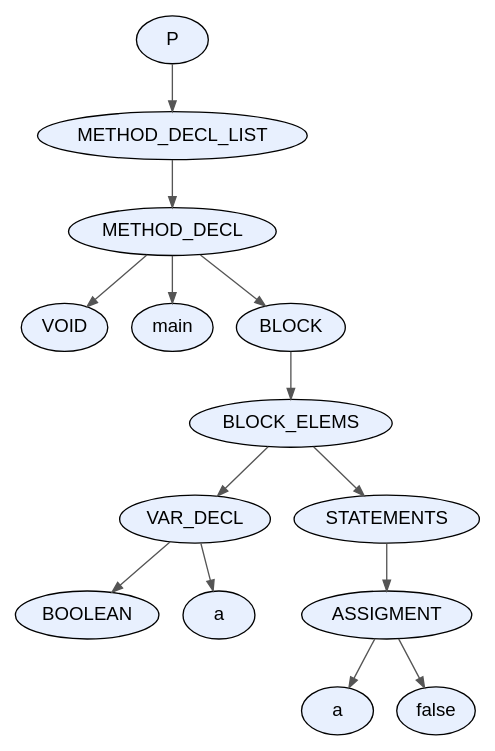
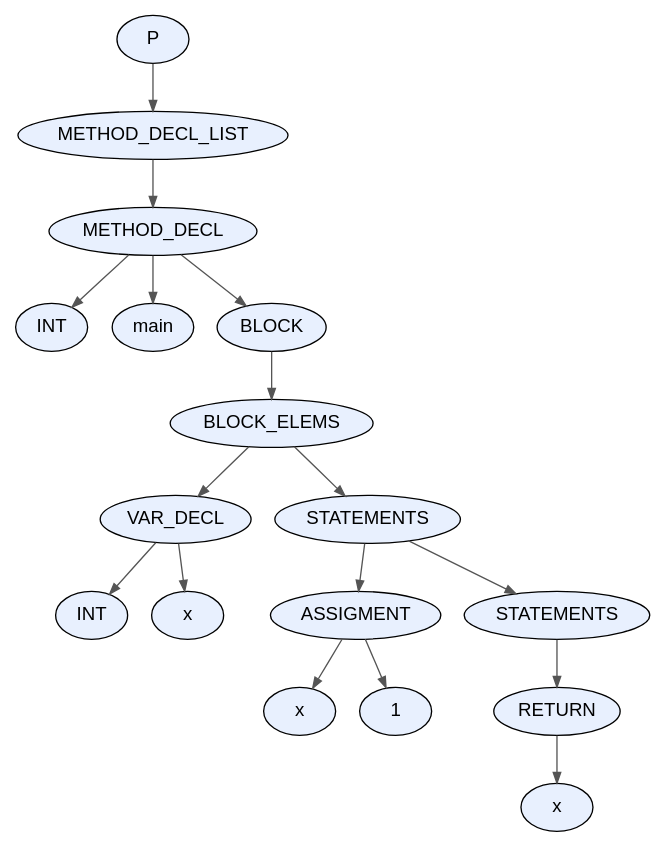
Before and after one commit to facundo-dario-loser/TDS2026: the diagram in proyecto/dot_files/test10.dot, drawn with Graphviz. The commit also changed 31 other files, not shown here.

```diff
--- a/proyecto/dot_files/test10.dot
+++ b/proyecto/dot_files/test10.dot
@@ -1,31 +1,37 @@
 digraph AST {
   node [fontname="Arial"];
   edge [arrowsize=0.8, color="#555555"];
-  "node_0x5aeb1fd66b40" [label="P", style=filled, fillcolor="#E8F0FE", shape=ellipse, style="rounded,filled"];
-  "node_0x5aeb1fd66b40" -> "node_0x5aeb1fd66af0";
-  "node_0x5aeb1fd66af0" [label="METHOD_DECL_LIST", style=filled, fillcolor="#E8F0FE", shape=ellipse, style="rounded,filled"];
-  "node_0x5aeb1fd66af0" -> "node_0x5aeb1fd66aa0";
-  "node_0x5aeb1fd66aa0" [label="METHOD_DECL", style=filled, fillcolor="#E8F0FE", shape=ellipse, style="rounded,filled"];
-  "node_0x5aeb1fd66aa0" -> "node_0x5aeb1fd669e0";
-  "node_0x5aeb1fd669e0" [label="VOID", style=filled, fillcolor="#E8F0FE", shape=ellipse, style="rounded,filled"];
-  "node_0x5aeb1fd66aa0" -> "node_0x5aeb1fd66a30";
-  "node_0x5aeb1fd66a30" [label="main", style=filled, fillcolor="#E8F0FE", shape=ellipse, style="rounded,filled"];
-  "node_0x5aeb1fd66aa0" -> "node_0x5aeb1fd66990";
-  "node_0x5aeb1fd66990" [label="BLOCK", style=filled, fillcolor="#E8F0FE", shape=ellipse, style="rounded,filled"];
-  "node_0x5aeb1fd66990" -> "node_0x5aeb1fd66940";
-  "node_0x5aeb1fd66940" [label="BLOCK_ELEMS", style=filled, fillcolor="#E8F0FE", shape=ellipse, style="rounded,filled"];
-  "node_0x5aeb1fd66940" -> "node_0x5aeb1fd66630";
-  "node_0x5aeb1fd66630" [label="VAR_DECL", style=filled, fillcolor="#E8F0FE", shape=ellipse, style="rounded,filled"];
-  "node_0x5aeb1fd66630" -> "node_0x5aeb1fd66550";
-  "node_0x5aeb1fd66550" [label="BOOLEAN", style=filled, fillcolor="#E8F0FE", shape=ellipse, style="rounded,filled"];
-  "node_0x5aeb1fd66630" -> "node_0x5aeb1fd665c0";
-  "node_0x5aeb1fd665c0" [label="a", style=filled, fillcolor="#E8F0FE", shape=ellipse, style="rounded,filled"];
-  "node_0x5aeb1fd66940" -> "node_0x5aeb1fd668f0";
-  "node_0x5aeb1fd668f0" [label="STATEMENTS", style=filled, fillcolor="#E8F0FE", shape=ellipse, style="rounded,filled"];
-  "node_0x5aeb1fd668f0" -> "node_0x5aeb1fd668a0";
-  "node_0x5aeb1fd668a0" [label="ASSIGMENT", style=filled, fillcolor="#E8F0FE", shape=ellipse, style="rounded,filled"];
-  "node_0x5aeb1fd668a0" -> "node_0x5aeb1fd66830";
-  "node_0x5aeb1fd66830" [label="a", style=filled, fillcolor="#E8F0FE", shape=ellipse, style="rounded,filled"];
-  "node_0x5aeb1fd668a0" -> "node_0x5aeb1fd67340";
-  "node_0x5aeb1fd67340" [label="false", style=filled, fillcolor="#E8F0FE", shape=ellipse, style="rounded,filled"];
+  "node_0x635583c70cb0" [label="P", style=filled, fillcolor="#E8F0FE", shape=ellipse, style="rounded,filled"];
+  "node_0x635583c70cb0" -> "node_0x635583c70c60";
+  "node_0x635583c70c60" [label="METHOD_DECL_LIST", style=filled, fillcolor="#E8F0FE", shape=ellipse, style="rounded,filled"];
+  "node_0x635583c70c60" -> "node_0x635583c70c10";
+  "node_0x635583c70c10" [label="METHOD_DECL", style=filled, fillcolor="#E8F0FE", shape=ellipse, style="rounded,filled"];
+  "node_0x635583c70c10" -> "node_0x635583c70530";
+  "node_0x635583c70530" [label="INT", style=filled, fillcolor="#E8F0FE", shape=ellipse, style="rounded,filled"];
+  "node_0x635583c70c10" -> "node_0x635583c70ba0";
+  "node_0x635583c70ba0" [label="main", style=filled, fillcolor="#E8F0FE", shape=ellipse, style="rounded,filled"];
+  "node_0x635583c70c10" -> "node_0x635583c70b50";
+  "node_0x635583c70b50" [label="BLOCK", style=filled, fillcolor="#E8F0FE", shape=ellipse, style="rounded,filled"];
+  "node_0x635583c70b50" -> "node_0x635583c70b00";
+  "node_0x635583c70b00" [label="BLOCK_ELEMS", style=filled, fillcolor="#E8F0FE", shape=ellipse, style="rounded,filled"];
+  "node_0x635583c70b00" -> "node_0x635583c70680";
+  "node_0x635583c70680" [label="VAR_DECL", style=filled, fillcolor="#E8F0FE", shape=ellipse, style="rounded,filled"];
+  "node_0x635583c70680" -> "node_0x635583c705a0";
+  "node_0x635583c705a0" [label="INT", style=filled, fillcolor="#E8F0FE", shape=ellipse, style="rounded,filled"];
+  "node_0x635583c70680" -> "node_0x635583c70610";
+  "node_0x635583c70610" [label="x", style=filled, fillcolor="#E8F0FE", shape=ellipse, style="rounded,filled"];
+  "node_0x635583c70b00" -> "node_0x635583c70ab0";
+  "node_0x635583c70ab0" [label="STATEMENTS", style=filled, fillcolor="#E8F0FE", shape=ellipse, style="rounded,filled"];
+  "node_0x635583c70ab0" -> "node_0x635583c707b0";
+  "node_0x635583c707b0" [label="ASSIGMENT", style=filled, fillcolor="#E8F0FE", shape=ellipse, style="rounded,filled"];
+  "node_0x635583c707b0" -> "node_0x635583c70740";
+  "node_0x635583c70740" [label="x", style=filled, fillcolor="#E8F0FE", shape=ellipse, style="rounded,filled"];
+  "node_0x635583c707b0" -> "node_0x635583c706f0";
+  "node_0x635583c706f0" [label="1", style=filled, fillcolor="#E8F0FE", shape=ellipse, style="rounded,filled"];
+  "node_0x635583c70ab0" -> "node_0x635583c70a60";
+  "node_0x635583c70a60" [label="STATEMENTS", style=filled, fillcolor="#E8F0FE", shape=ellipse, style="rounded,filled"];
+  "node_0x635583c70a60" -> "node_0x635583c70890";
+  "node_0x635583c70890" [label="RETURN", style=filled, fillcolor="#E8F0FE", shape=ellipse, style="rounded,filled"];
+  "node_0x635583c70890" -> "node_0x635583c70820";
+  "node_0x635583c70820" [label="x", style=filled, fillcolor="#E8F0FE", shape=ellipse, style="rounded,filled"];
 }
```
